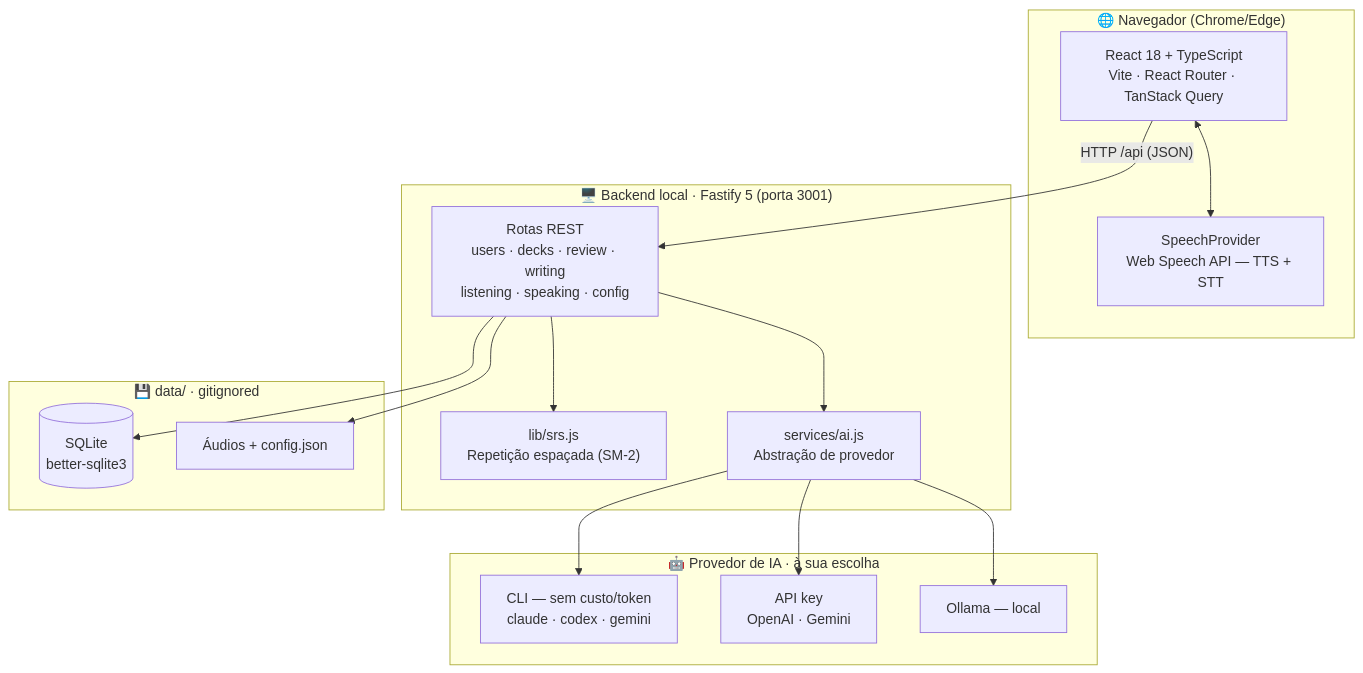
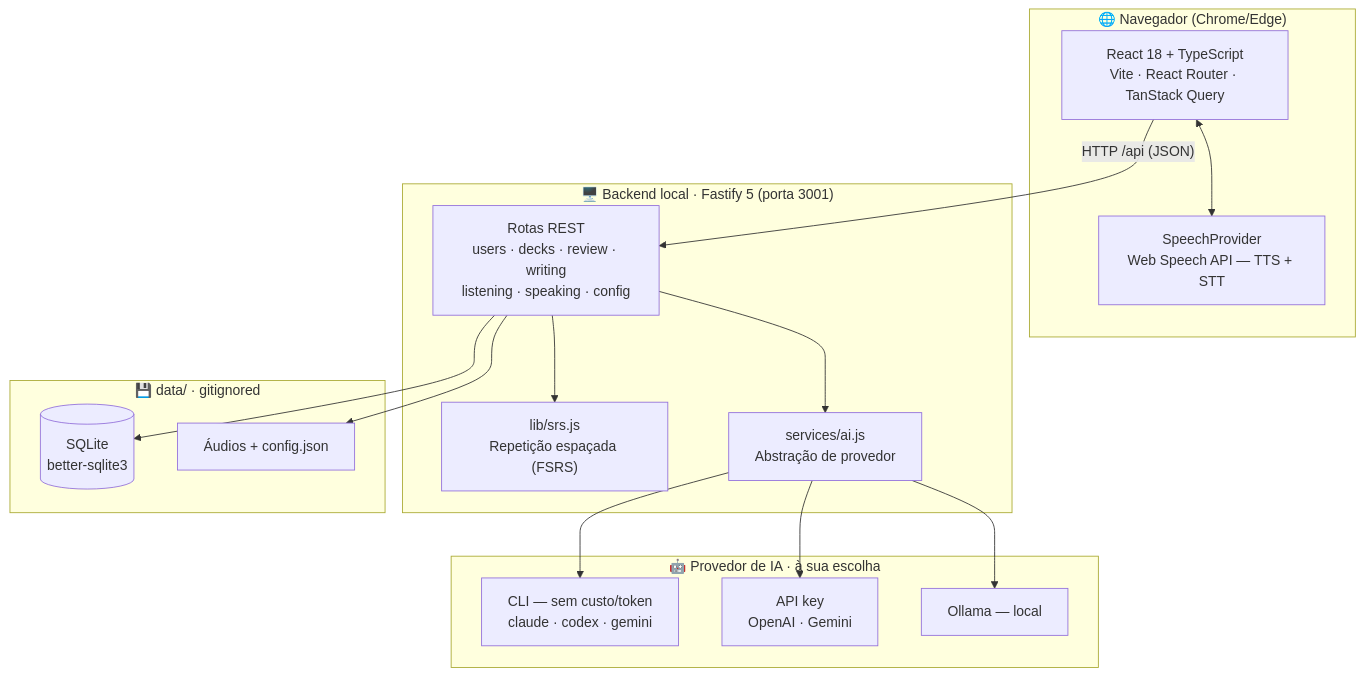
Before and after one commit to diegoortega15/mynah: the diagram in README.md, drawn with Mermaid. The commit also changed other lines of this file and 2 other files, not shown here.

First line of the commit message:
docs: README com as features da rodada 2 (FSRS, Ler, roleplay, i+1) + ROADMAP-V2

````diff
--- a/README.md
+++ b/README.md
@@ -88,34 +91,34 @@
 ```mermaid
 flowchart TD
     subgraph Browser["🌐 Navegador (Chrome/Edge)"]
         UI["React 18 + TypeScript<br/>Vite · React Router · TanStack Query"]
         Speech["SpeechProvider<br/>Web Speech API — TTS + STT"]
         UI <--> Speech
     end
 
     subgraph Server["🖥️ Backend local · Fastify 5 (porta 3001)"]
         Routes["Rotas REST<br/>users · decks · review · writing<br/>listening · speaking · config"]
-        SRS["lib/srs.js<br/>Repetição espaçada (SM-2)"]
+        SRS["lib/srs.js<br/>Repetição espaçada (FSRS)"]
         AI["services/ai.js<br/>Abstração de provedor"]
         Routes --> SRS
         Routes --> AI
     end
 
     subgraph DataLayer["💾 data/ · gitignored"]
         DB[("SQLite<br/>better-sqlite3")]
         Files["Áudios + config.json"]
     end
 
     subgraph Providers["🤖 Provedor de IA · à sua escolha"]
         CLI["CLI — sem custo/token<br/>claude · codex · gemini"]
         APIk["API key<br/>OpenAI · Gemini"]
         Local["Ollama — local"]
     end
 
     UI -- "HTTP /api (JSON)" --> Routes
     Routes --> DB
     Routes --> Files
     AI --> CLI
     AI --> APIk
     AI --> Local
 ```
````
